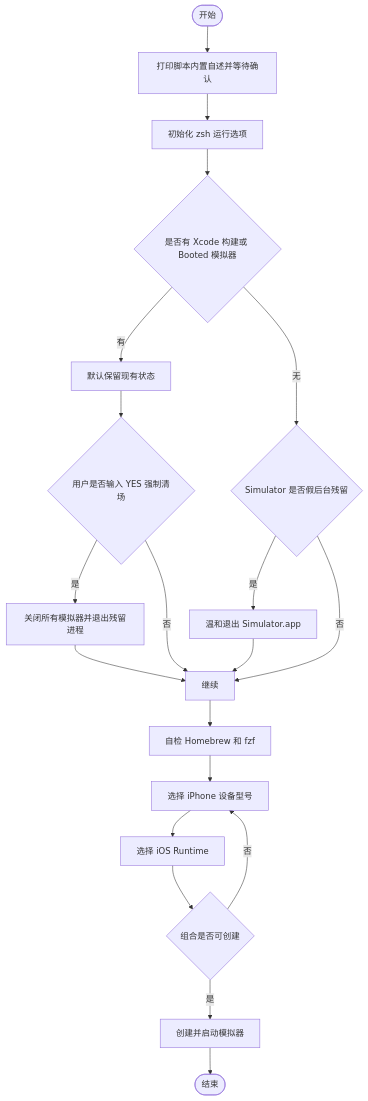
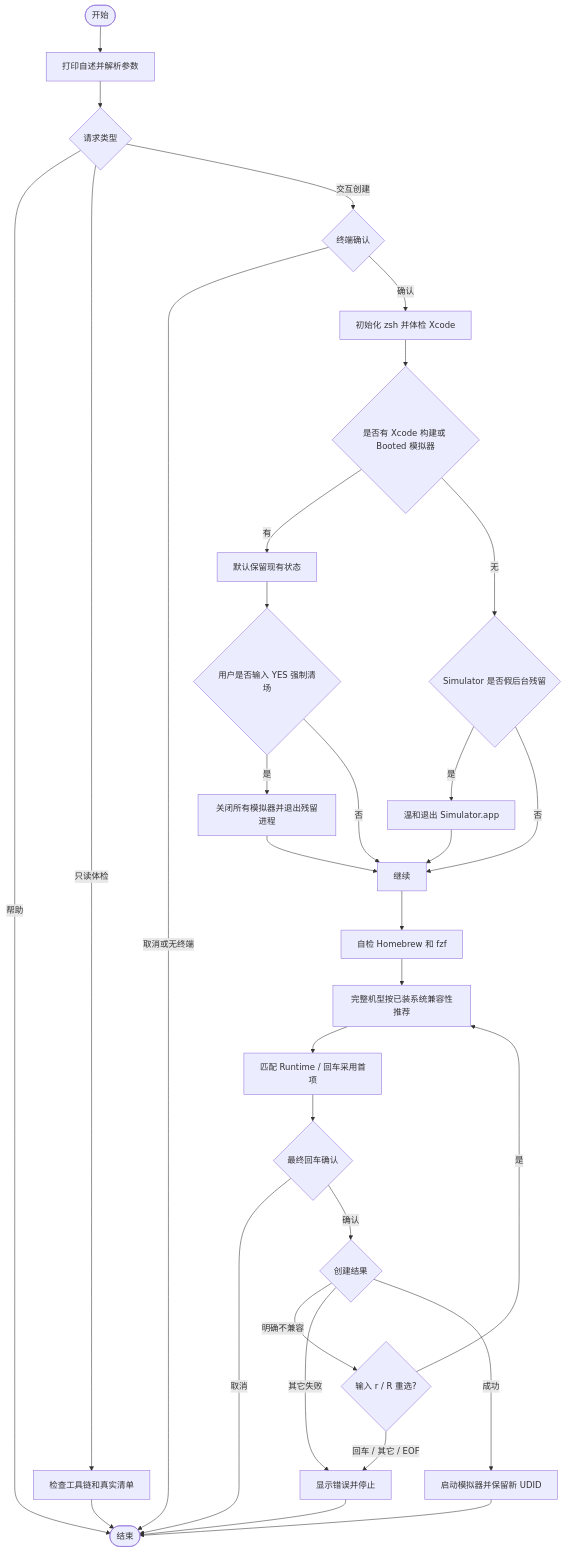
Before and after one commit to JobsKits/JobsCommand-Flutter: the diagram in 运行/【MacOS】📱双击初始化iOS模拟器.command/README.md, drawn with Mermaid. The commit also changed other lines of this file and 9 other files, not shown here.

````diff
--- a/运行/【MacOS】📱双击初始化iOS模拟器.command/README.md
+++ b/运行/【MacOS】📱双击初始化iOS模拟器.command/README.md
@@ -107,22 +135,34 @@
 ```mermaid
 graph TD
-  A([开始]) --> B[打印脚本内置自述并等待确认]
-  B --> C[初始化 zsh 运行选项]
+  A([开始]) --> B[打印自述并解析参数]
+  B --> U{请求类型}
+  U -->|帮助| P
+  U -->|只读体检| T[检查工具链和真实清单]
+  T --> P
+  U -->|交互创建| V{终端确认}
+  V -->|取消或无终端| P
+  V -->|确认| C[初始化 zsh 并体检 Xcode]
   C --> D{是否有 Xcode 构建或 Booted 模拟器}
   D -->|有| E[默认保留现有状态]
   D -->|无| F{Simulator 是否假后台残留}
   F -->|是| G[温和退出 Simulator.app]
   F -->|否| H[继续]
   E --> I{用户是否输入 YES 强制清场}
   I -->|是| J[关闭所有模拟器并退出残留进程]
   I -->|否| H
   G --> H
   J --> H
   H --> K[自检 Homebrew 和 fzf]
-  K --> L[选择 iPhone 设备型号]
-  L --> M[选择 iOS Runtime]
-  M --> N{组合是否可创建}
-  N -->|否| L
-  N -->|是| O[创建并启动模拟器]
+  K --> L[完整机型按已装系统兼容性推荐]
+  L --> M[匹配 Runtime / 回车采用首项]
+  M --> Q{最终回车确认}
+  Q -->|取消| P
+  Q -->|确认| N{创建结果}
+  N -->|明确不兼容| W{输入 r / R 重选?}
+  W -->|是| L
+  W -->|回车 / 其它 / EOF| R
+  N -->|其它失败| R[显示错误并停止]
+  R --> P
+  N -->|成功| O[启动模拟器并保留新 UDID]
   O --> P([结束])
 ```
````
